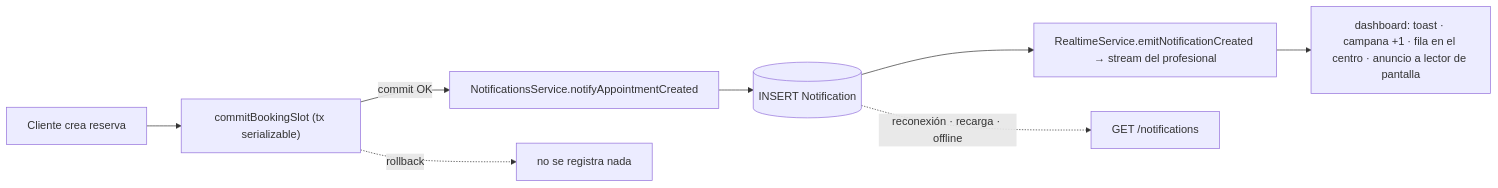
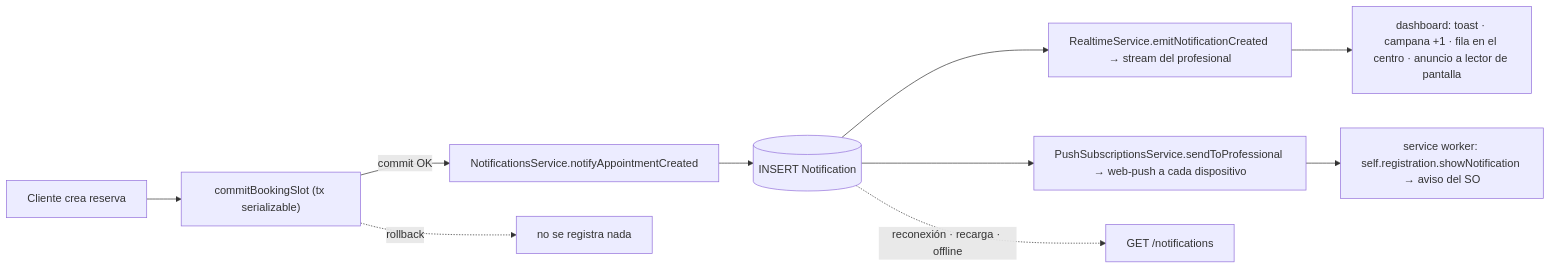
The first of 3 diagrams in docs/src/content/docs/features/notifications.md (Emberalab/Agendya), drawn with Mermaid before and after one commit. The commit also changed other lines of this file and 54 other files, not shown here.

````diff
--- a/docs/src/content/docs/features/notifications.md
+++ b/docs/src/content/docs/features/notifications.md
@@ -42,10 +43,12 @@
 ```mermaid
 flowchart LR
   C["Cliente crea reserva"] --> TX["commitBookingSlot (tx serializable)"]
   TX -->|commit OK| N["NotificationsService.notifyAppointmentCreated"]
   N --> DB[("INSERT Notification")]
   DB --> SSE["RealtimeService.emitNotificationCreated → stream del profesional"]
+  DB --> WP["PushSubscriptionsService.sendToProfessional → web-push a cada dispositivo"]
   SSE --> UI["dashboard: toast · campana +1 · fila en el centro · anuncio a lector de pantalla"]
+  WP --> SW["service worker: self.registration.showNotification → aviso del SO"]
   TX -.->|rollback| X["no se registra nada"]
   DB -.->|reconexión · recarga · offline| API["GET /notifications"]
 ```
````
